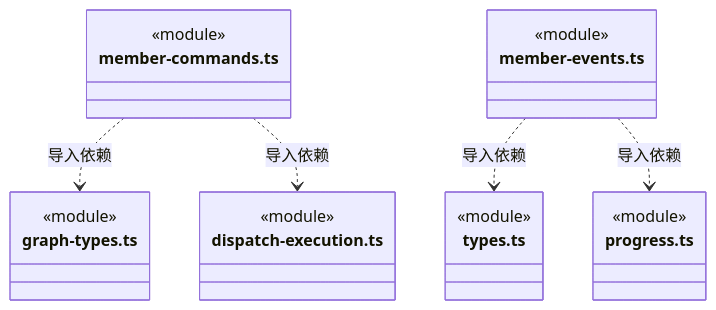
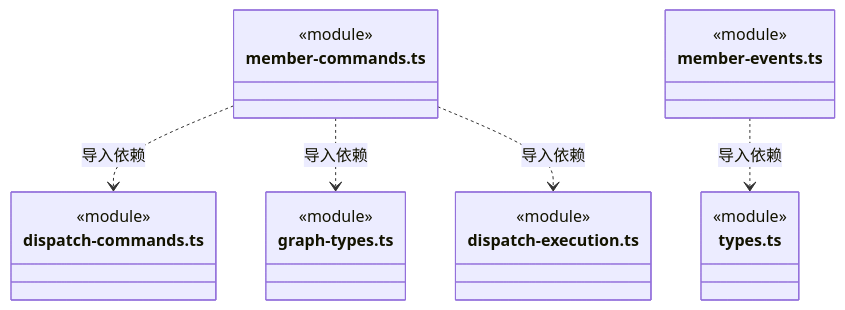
Before and after one commit to nan023062/cbim: diagram 31 of 34 in src/backend/core/tasks/ARCHITECTURE.md, drawn with Mermaid. The commit also changed other lines of this file and 19 other files, not shown here.

````diff
--- a/src/backend/core/tasks/ARCHITECTURE.md
+++ b/src/backend/core/tasks/ARCHITECTURE.md
@@ -813,25 +823,25 @@
 ```mermaid
 classDiagram
 class N_src_backend_core_tasks_member_commands_ts["member-commands.ts"] {
+  <<module>>
+}
+class N_src_backend_core_tasks_dispatch_commands_ts["dispatch-commands.ts"] {
   <<module>>
 }
 class N_src_backend_core_tasks_graph_types_ts["graph-types.ts"] {
   <<module>>
 }
 class N_src_backend_core_tasks_dispatch_execution_ts["dispatch-execution.ts"] {
   <<module>>
 }
 class N_src_backend_core_tasks_member_events_ts["member-events.ts"] {
   <<module>>
 }
 class N_src_backend_core_tasks_types_ts["types.ts"] {
   <<module>>
 }
-class N_src_backend_core_tasks_progress_ts["progress.ts"] {
-  <<module>>
-}
+N_src_backend_core_tasks_member_commands_ts ..> N_src_backend_core_tasks_dispatch_commands_ts : 导入依赖
 N_src_backend_core_tasks_member_commands_ts ..> N_src_backend_core_tasks_graph_types_ts : 导入依赖
 N_src_backend_core_tasks_member_commands_ts ..> N_src_backend_core_tasks_dispatch_execution_ts : 导入依赖
 N_src_backend_core_tasks_member_events_ts ..> N_src_backend_core_tasks_types_ts : 导入依赖
-N_src_backend_core_tasks_member_events_ts ..> N_src_backend_core_tasks_progress_ts : 导入依赖
 ```
````
